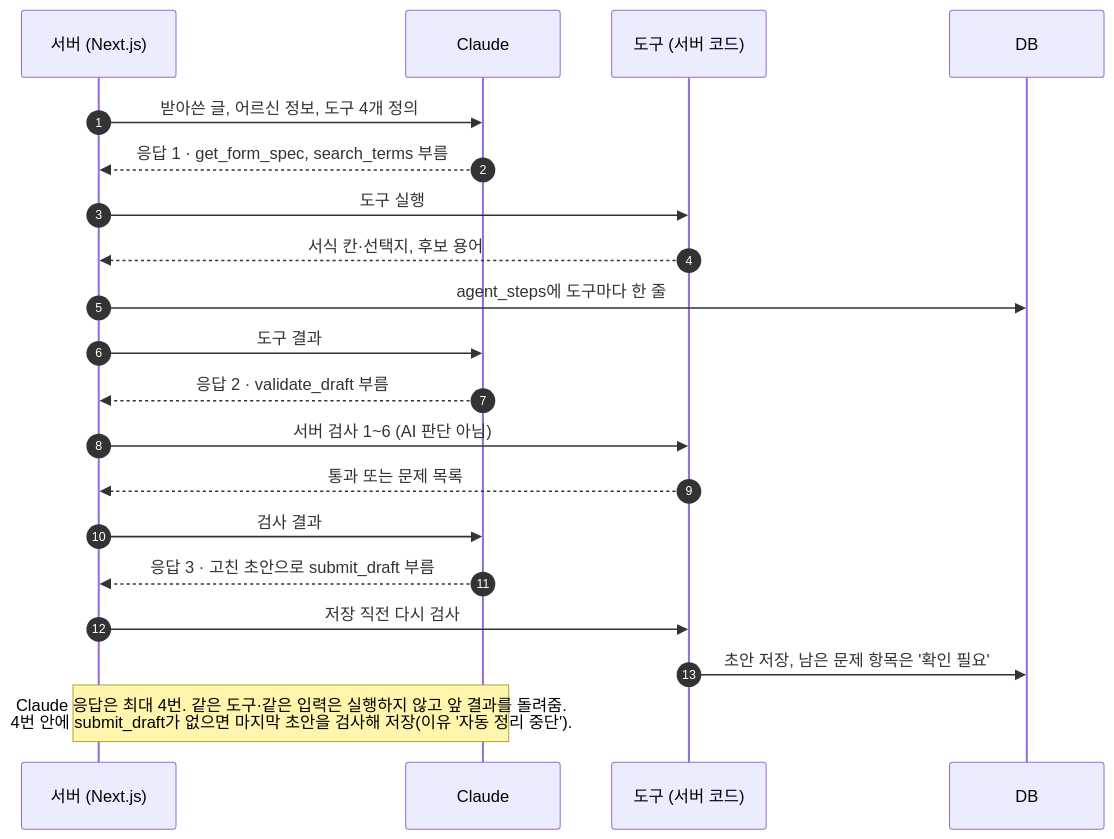
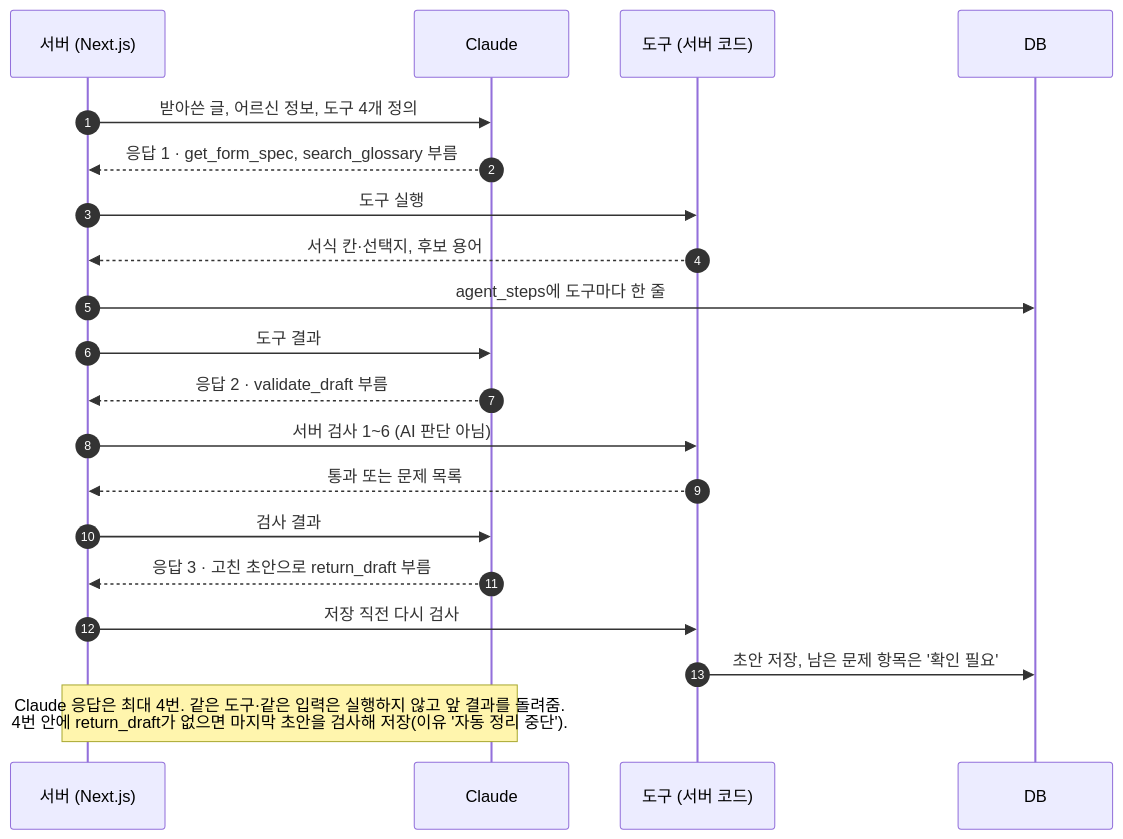
Before and after one commit to 2dion/CareBridge: the diagram in 문서/설계/ai규칙-v1.1.1.md, drawn with Mermaid. The commit also changed other lines of this file and 56 other files, not shown here.

First line of the commit message:
영어 이름 세 개를 용어집에 맞춤: confirmed_by_worker, search_glossary, return_draft

````diff
--- a/문서/설계/ai규칙-v1.1.1.md
+++ b/문서/설계/ai규칙-v1.1.1.md
@@ -71,22 +71,22 @@
 ```mermaid
 sequenceDiagram
   autonumber
   participant S as 서버 (Next.js)
   participant C as Claude
   participant T as 도구 (서버 코드)
   participant D as DB
   S->>C: 받아쓴 글, 어르신 정보, 도구 4개 정의
-  C-->>S: 응답 1 · get_form_spec, search_terms 부름
+  C-->>S: 응답 1 · get_form_spec, search_glossary 부름
   S->>T: 도구 실행
   T-->>S: 서식 칸·선택지, 후보 용어
   S->>D: agent_steps에 도구마다 한 줄
   S->>C: 도구 결과
   C-->>S: 응답 2 · validate_draft 부름
   S->>T: 서버 검사 1~6 (AI 판단 아님)
   T-->>S: 통과 또는 문제 목록
   S->>C: 검사 결과
-  C-->>S: 응답 3 · 고친 초안으로 submit_draft 부름
+  C-->>S: 응답 3 · 고친 초안으로 return_draft 부름
   S->>T: 저장 직전 다시 검사
   T->>D: 초안 저장, 남은 문제 항목은 '확인 필요'
-  Note over S,C: Claude 응답은 최대 4번. 같은 도구·같은 입력은 실행하지 않고 앞 결과를 돌려줌.<br/>4번 안에 submit_draft가 없으면 마지막 초안을 검사해 저장(이유 '자동 정리 중단').
+  Note over S,C: Claude 응답은 최대 4번. 같은 도구·같은 입력은 실행하지 않고 앞 결과를 돌려줌.<br/>4번 안에 return_draft가 없으면 마지막 초안을 검사해 저장(이유 '자동 정리 중단').
 ```
````
